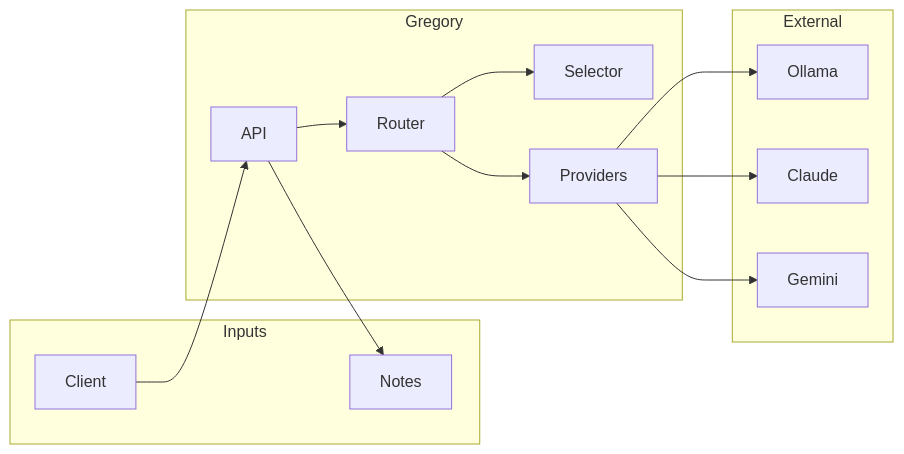
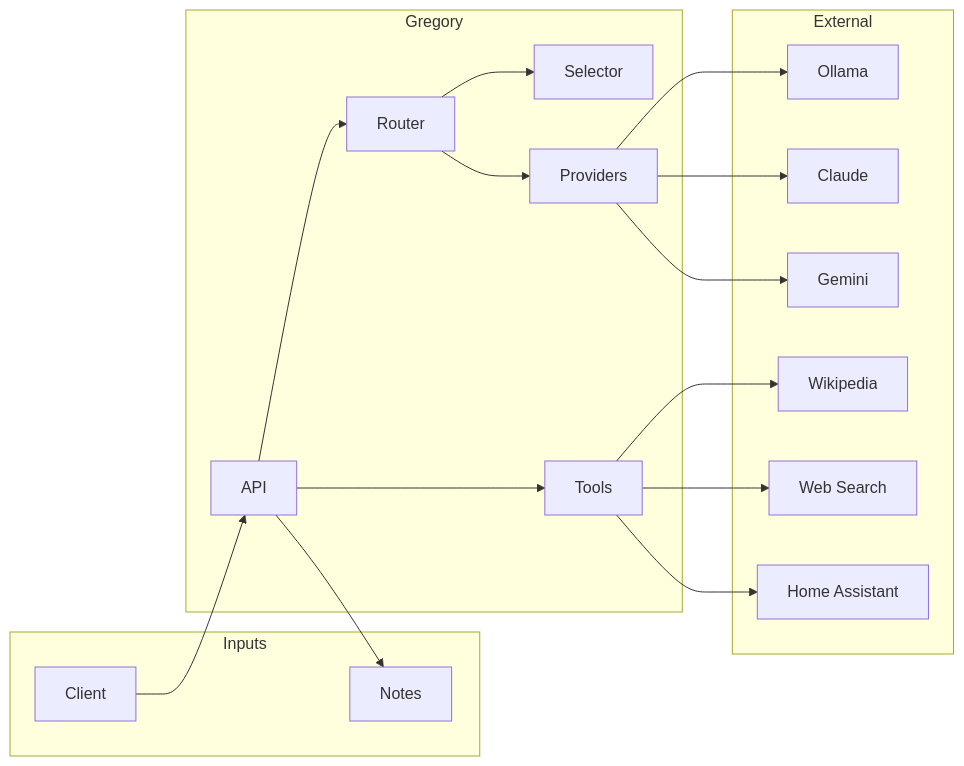
One commit to StevenGann/Gregory changed the diagram in docs/README.md. Above: the diagram before and after it, drawn with Mermaid. The commit also changed other lines of this file and 16 other files, not shown here.

````diff
--- a/docs/README.md
+++ b/docs/README.md
@@ -20,29 +23,37 @@
 ```mermaid
 flowchart LR
     subgraph inputs [Inputs]
         Client[Client]
         Notes[Notes]
     end
 
     subgraph gregory [Gregory]
         API[API]
         Router[Router]
         Selector[Selector]
         Providers[Providers]
+        Tools[Tools]
     end
 
     subgraph external [External]
         Ollama[Ollama]
         Claude[Claude]
         Gemini[Gemini]
+        Wiki[Wikipedia]
+        WebSearch[Web Search]
+        HA[Home Assistant]
     end
 
     Client --> API
     API --> Notes
     API --> Router
     Router --> Selector
     Router --> Providers
     Providers --> Ollama
     Providers --> Claude
     Providers --> Gemini
+    API --> Tools
+    Tools --> Wiki
+    Tools --> WebSearch
+    Tools --> HA
 ```
````
